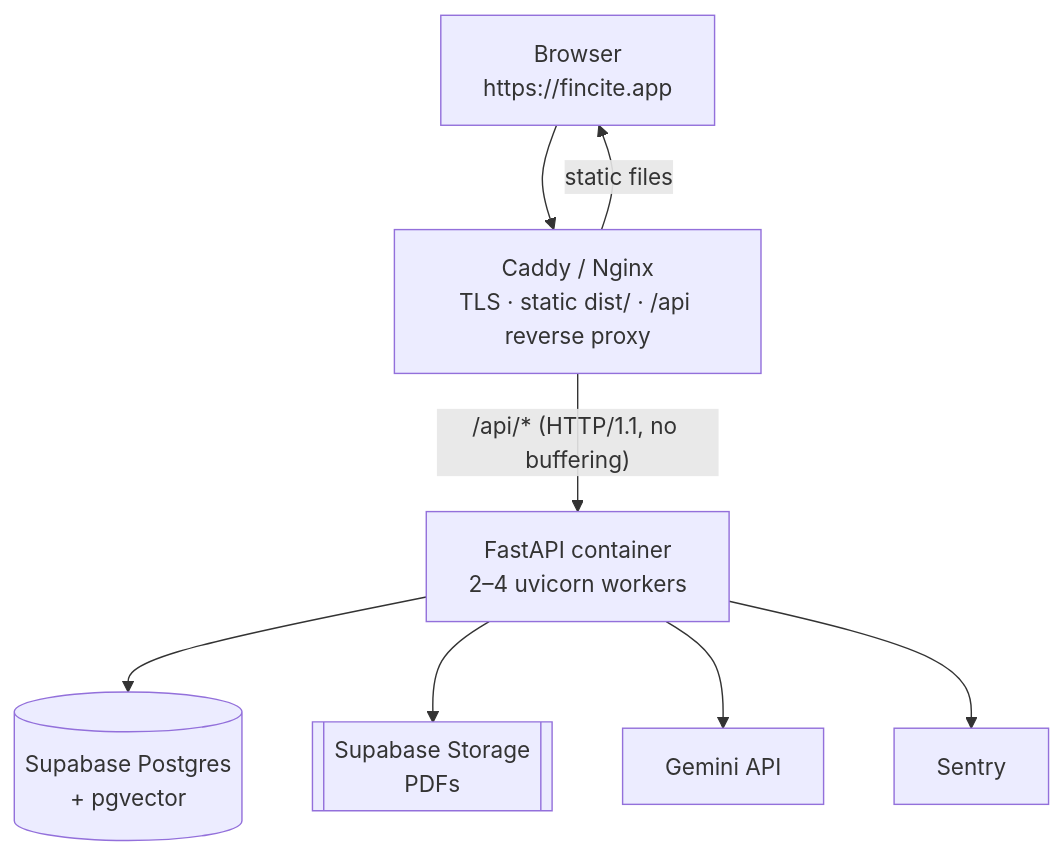
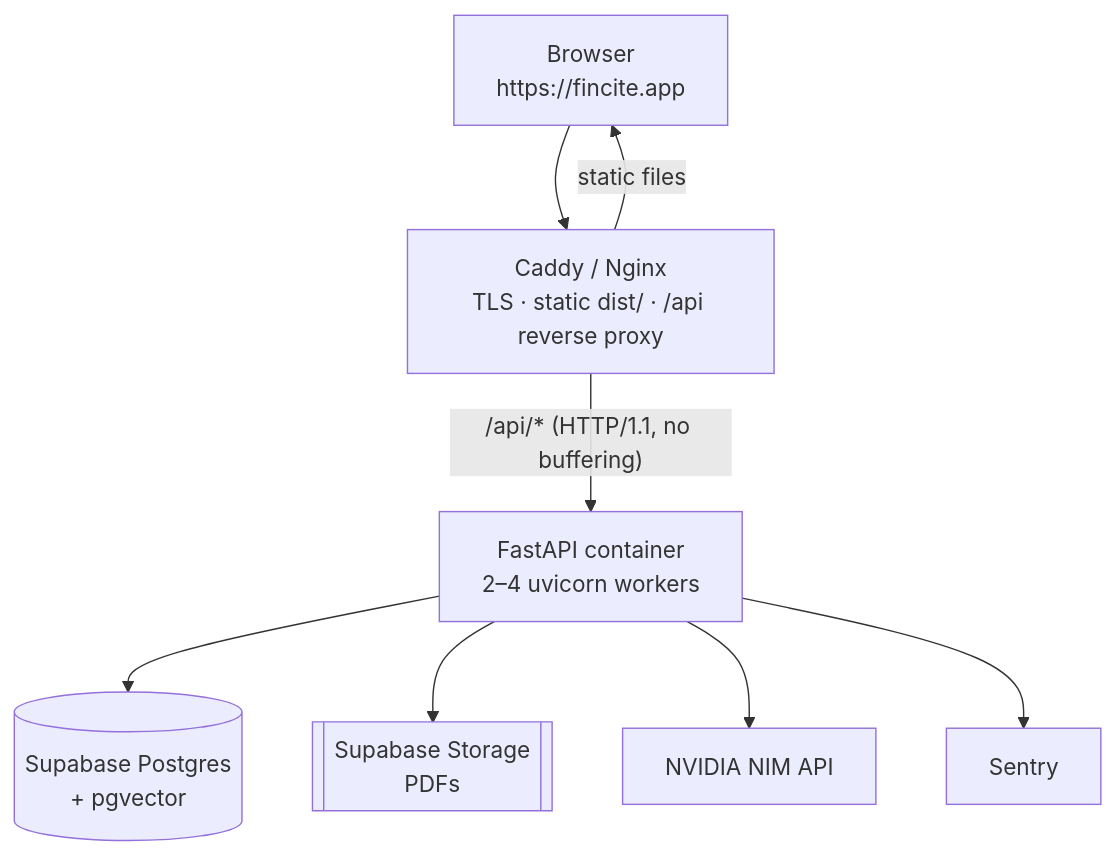
One commit to ajinkyad015/fincite changed the second of 2 diagrams in docs/plans/connect-and-deploy.md. Above: the diagram before and after it, drawn with Mermaid. The commit also changed other lines of this file and 27 other files, not shown here.

````diff
--- a/docs/plans/connect-and-deploy.md
+++ b/docs/plans/connect-and-deploy.md
@@ -128,10 +128,10 @@
 ```mermaid
 flowchart TB
     U["Browser<br/>https://fincite.app"] --> C["Caddy / Nginx<br/>TLS · static dist/ · /api reverse proxy"]
     C -- "static files" --> U
     C -- "/api/* (HTTP/1.1, no buffering)" --> A["FastAPI container<br/>2–4 uvicorn workers"]
     A --> PG[("Supabase Postgres<br/>+ pgvector")]
     A --> ST[["Supabase Storage<br/>PDFs"]]
-    A --> GM["Gemini API"]
+    A --> GM["NVIDIA NIM API"]
     A --> SEN["Sentry"]
 ```
````
